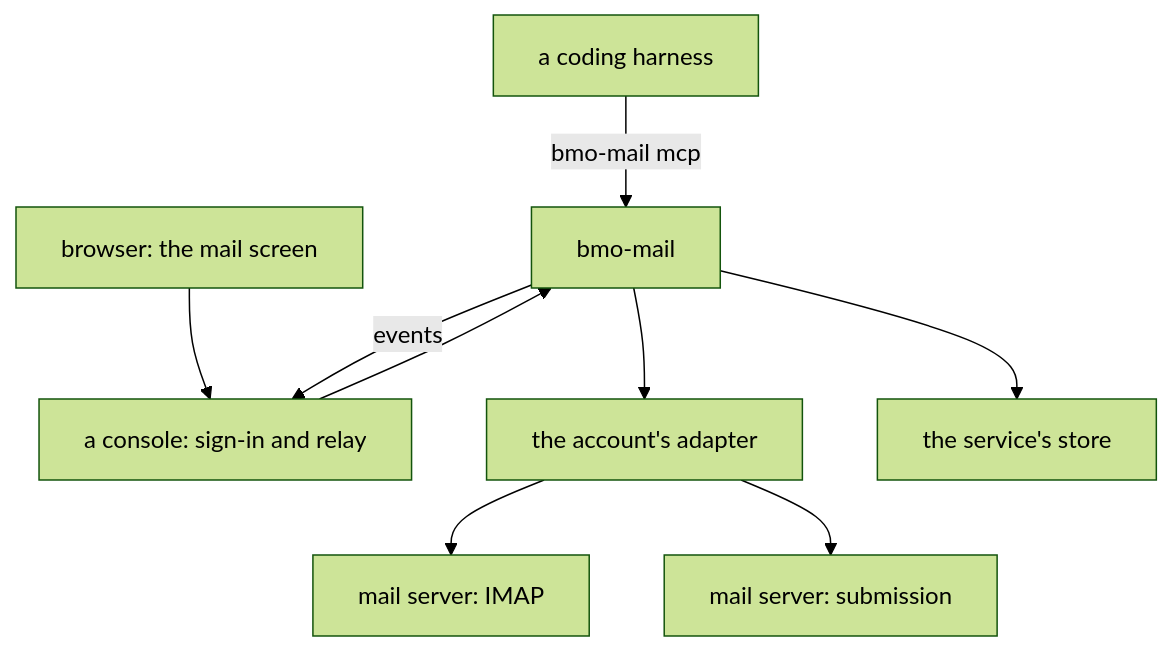
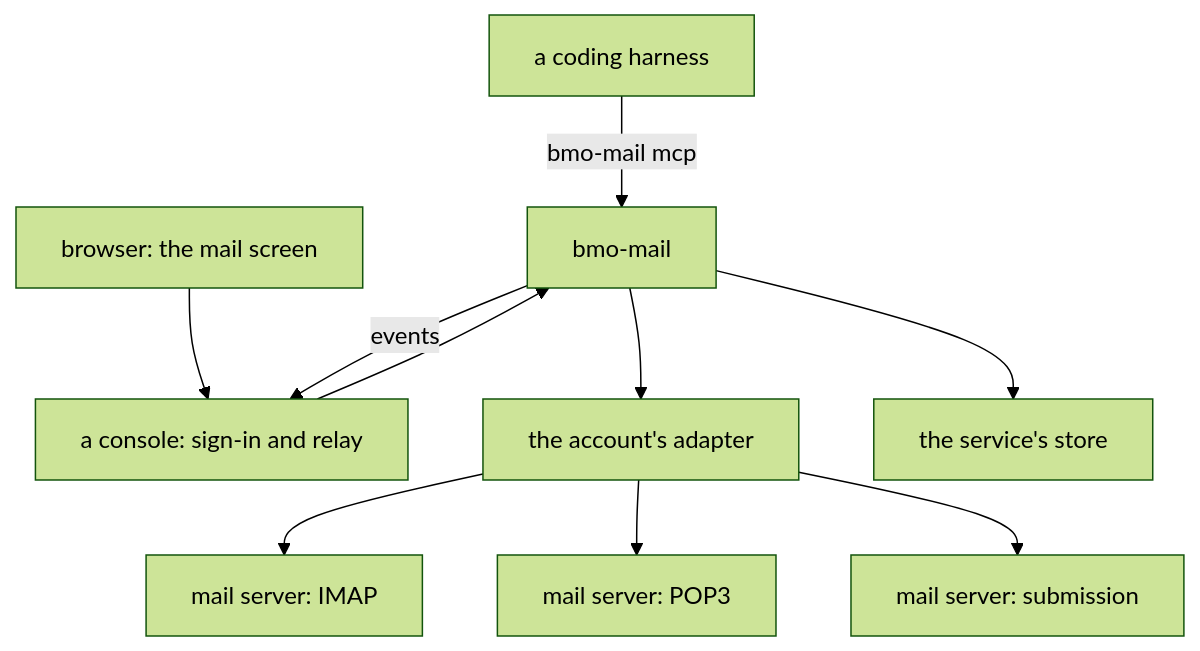
One commit to ahas/bmo-mail changed the first of 2 diagrams in docs/mail.md. Above: the diagram before and after it, drawn with Mermaid (forest theme). The commit also changed other lines of this file and 50 other files, not shown here.

````diff
--- a/docs/mail.md
+++ b/docs/mail.md
@@ -11,11 +11,12 @@
 ```mermaid
 flowchart TD
   Harness[a coding harness] -->|bmo-mail mcp| Service[bmo-mail]
   Browser[browser: the mail screen] --> Console[a console: sign-in and relay]
   Console --> Service
   Service --> Adapter[the account's adapter]
   Adapter --> IMAP[mail server: IMAP]
+  Adapter --> POP3[mail server: POP3]
   Adapter --> SMTP[mail server: submission]
   Service --> Store[the service's store]
   Service -->|events| Console
 ```
````
